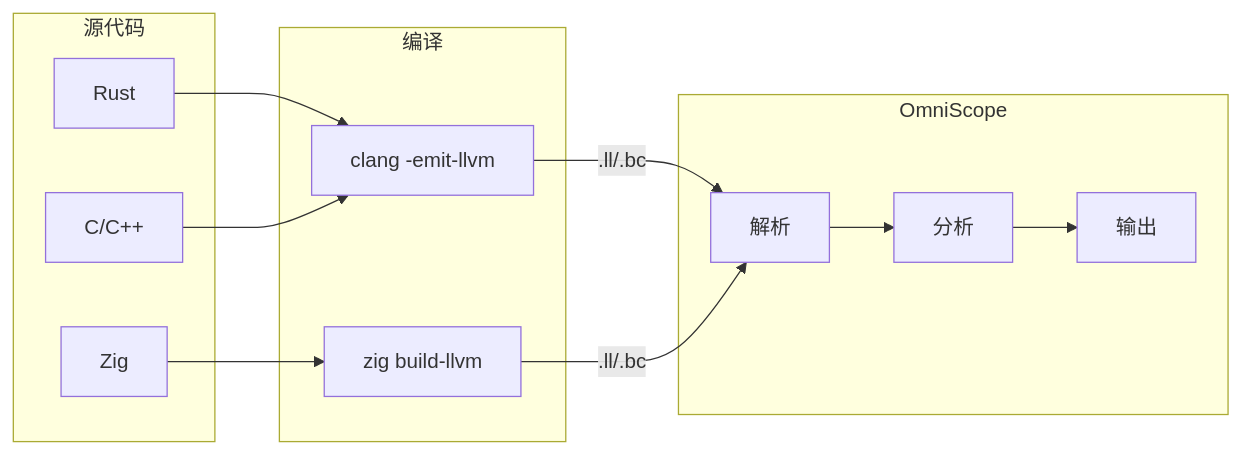
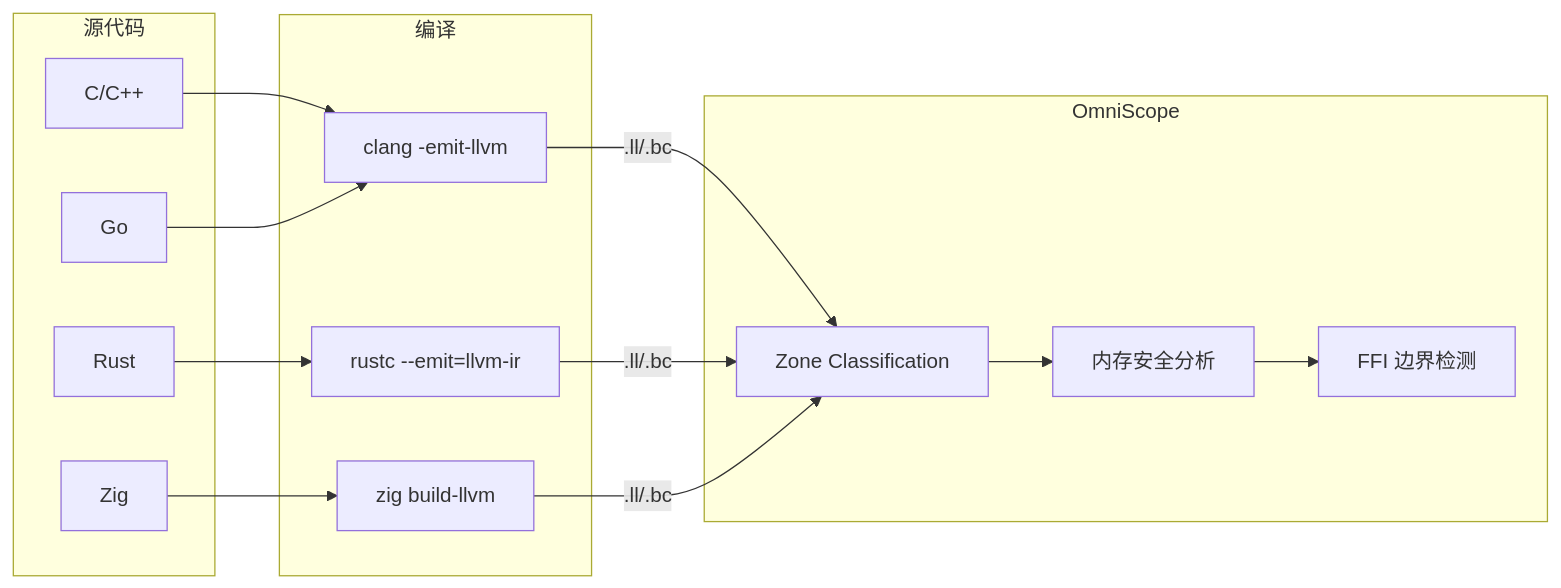
Before and after one commit to Timwood0x10/OmniScope: the third of 4 diagrams in README_zh.md, drawn with Mermaid. The commit also changed other lines of this file and 41 other files, not shown here.

Commit message:
implement zone classification for Rust/C code

````diff
--- a/README_zh.md
+++ b/README_zh.md
@@ -69,24 +98,27 @@
 ```mermaid
 flowchart LR
     subgraph Source["源代码"]
         Rust[Rust]
         Cpp[C/C++]
         Zig[Zig]
+        Go[Go]
     end
     
     subgraph Compile["编译"]
-        RC[clang -emit-llvm]
-        ZC[zig build-llvm]
+        C1[clang -emit-llvm]
+        C2[rustc --emit=llvm-ir]
+        C3[zig build-llvm]
     end
     
     subgraph Analysis["OmniScope"]
-        Parse[解析]
-        Analyze[分析]
-        Output[输出]
+        A1[Zone Classification]
+        A2[内存安全分析]
+        A3[FFI 边界检测]
     end
     
-    Rust --> RC
-    Cpp --> RC
-    Zig --> ZC
-    RC & ZC --> |.ll/.bc| Parse --> Analyze --> Output
+    Rust --> C2
+    Cpp --> C1
+    Zig --> C3
+    Go --> C1
+    C1 & C2 & C3 --> |.ll/.bc| A1 --> A2 --> A3
 ```
````
